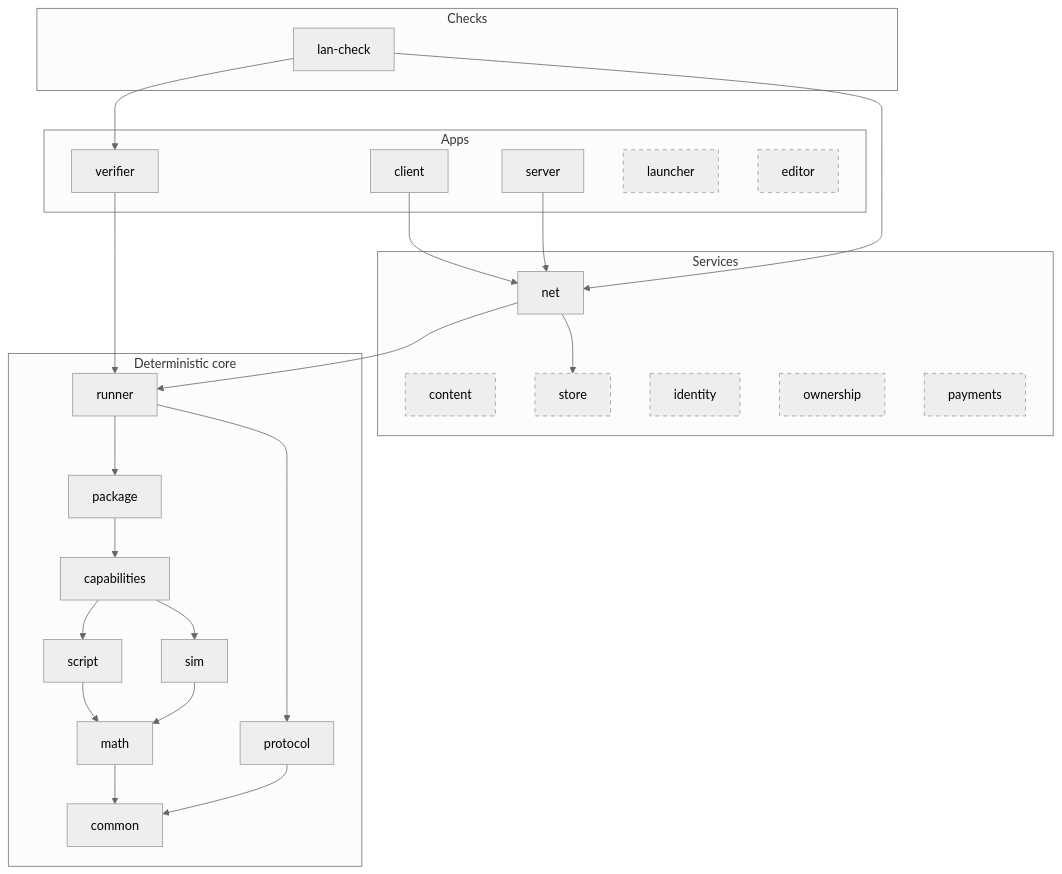
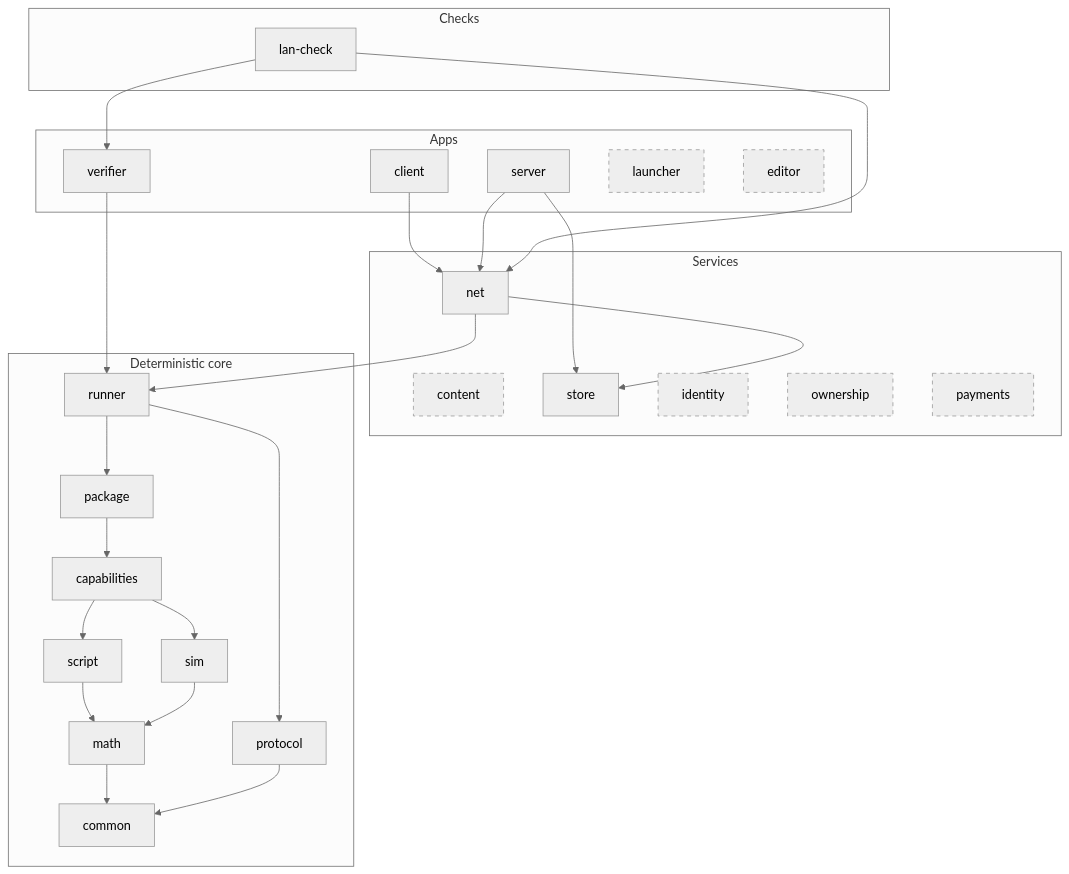
Before and after one commit to xorza/campfire: the diagram in docs/design/02-engine-core.md, drawn with Mermaid (neutral theme). The commit also changed other lines of this file and 59 other files, not shown here.

````diff
--- a/docs/design/02-engine-core.md
+++ b/docs/design/02-engine-core.md
@@ -5,48 +5,49 @@
 ```mermaid
 flowchart TB
     subgraph apps["Apps"]
         client
         server
         verifier
         launcher:::planned
         editor:::planned
     end
     subgraph checks["Checks"]
         lancheck["lan-check"]
     end
     subgraph services["Services"]
         net
         content:::planned
-        store:::planned
+        store
         identity:::planned
         ownership:::planned
         payments:::planned
     end
     subgraph core["Deterministic core"]
         runner
         package
         capabilities
         script
         sim
         protocol
         math
         common
     end
     client --> net
     server --> net
     net --> runner
     verifier --> runner
     lancheck --> verifier
     lancheck --> net
+    server --> store
     net --> store
     runner --> package
     runner --> protocol
     package --> capabilities
     capabilities --> script
     capabilities --> sim
     script --> math
     sim --> math
     math --> common
     protocol --> common
     classDef planned stroke-dasharray: 5 5
 ```
````
